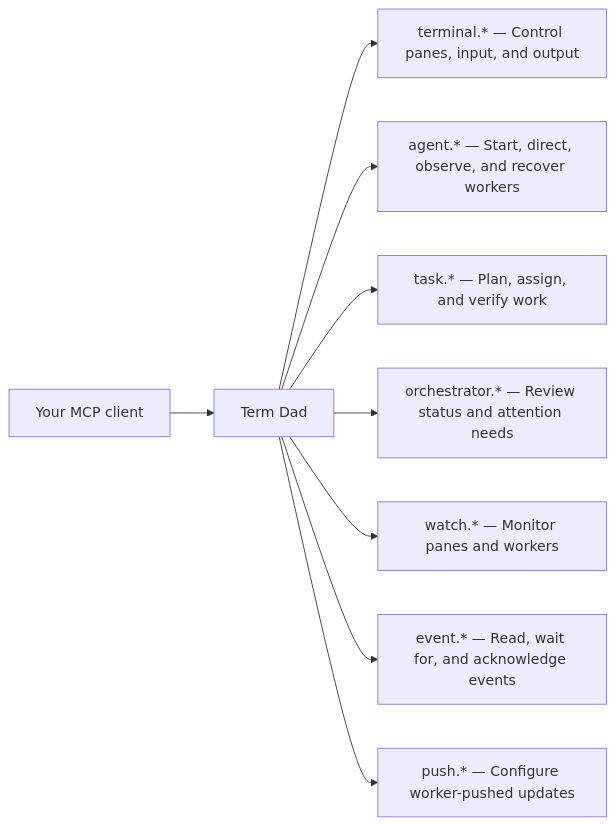
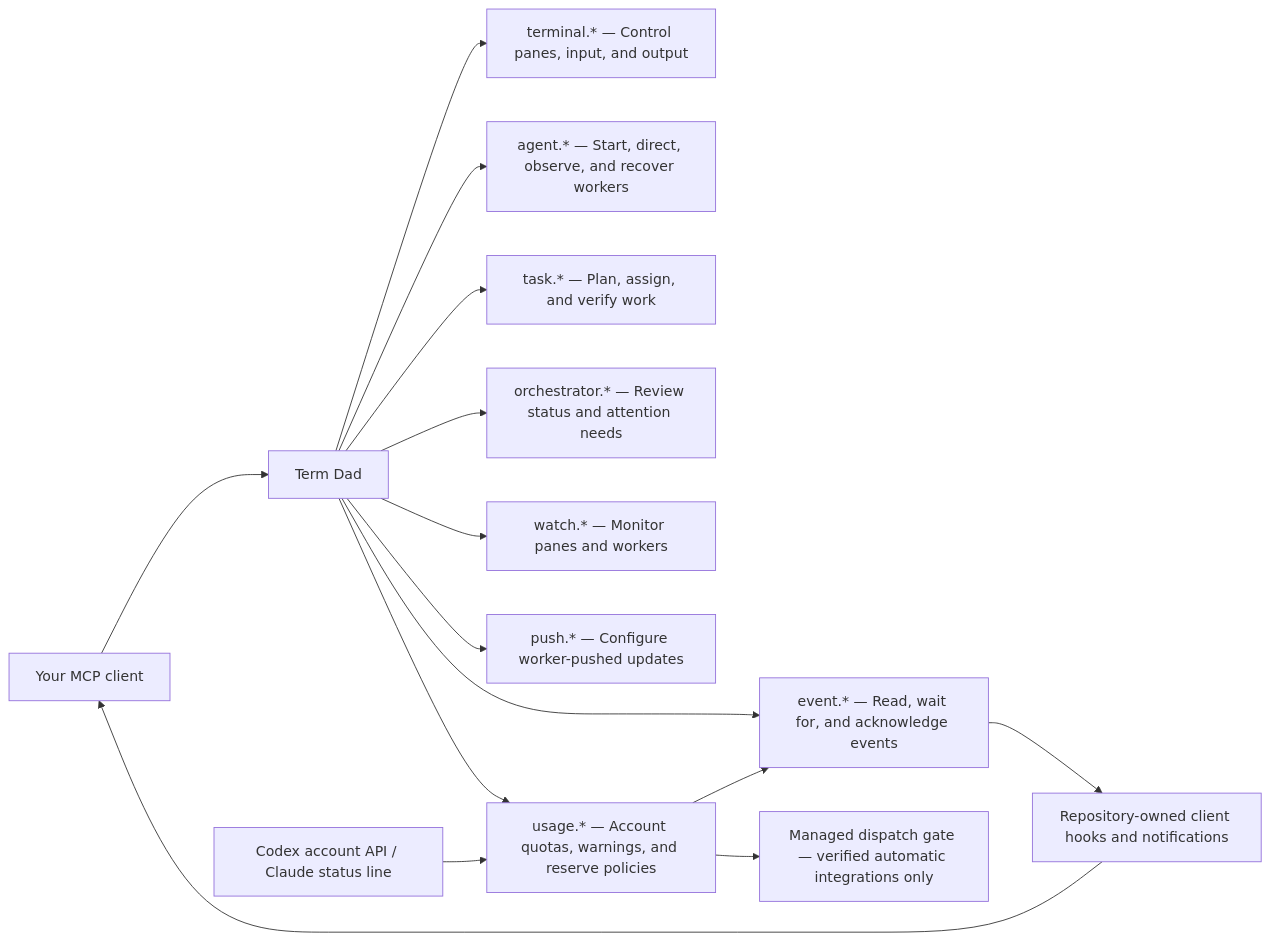
The diagram in README.md (ZakYeo/TermDad), drawn with Mermaid before and after one commit. The commit also changed other lines of this file and 8 other files, not shown here.

Commit message:
Document usage support, hook installation and verified test evidence

````diff
--- a/README.md
+++ b/README.md
@@ -74,11 +76,17 @@
 ```mermaid
 flowchart LR
     Client["Your MCP client"] --> Dad["Term Dad"]
     Dad --> Terminal["terminal.* — Control panes, input, and output"]
     Dad --> Agents["agent.* — Start, direct, observe, and recover workers"]
     Dad --> Tasks["task.* — Plan, assign, and verify work"]
     Dad --> Supervisor["orchestrator.* — Review status and attention needs"]
     Dad --> Watches["watch.* — Monitor panes and workers"]
     Dad --> Events["event.* — Read, wait for, and acknowledge events"]
     Dad --> Push["push.* — Configure worker-pushed updates"]
+    Dad --> Usage["usage.* — Account quotas, warnings, and reserve policies"]
+    Sources["Codex account API / Claude status line"] --> Usage
+    Usage --> Events
+    Usage --> Gate["Managed dispatch gate — verified automatic integrations only"]
+    Events --> Hooks["Repository-owned client hooks and notifications"]
+    Hooks --> Client
 ```
````
